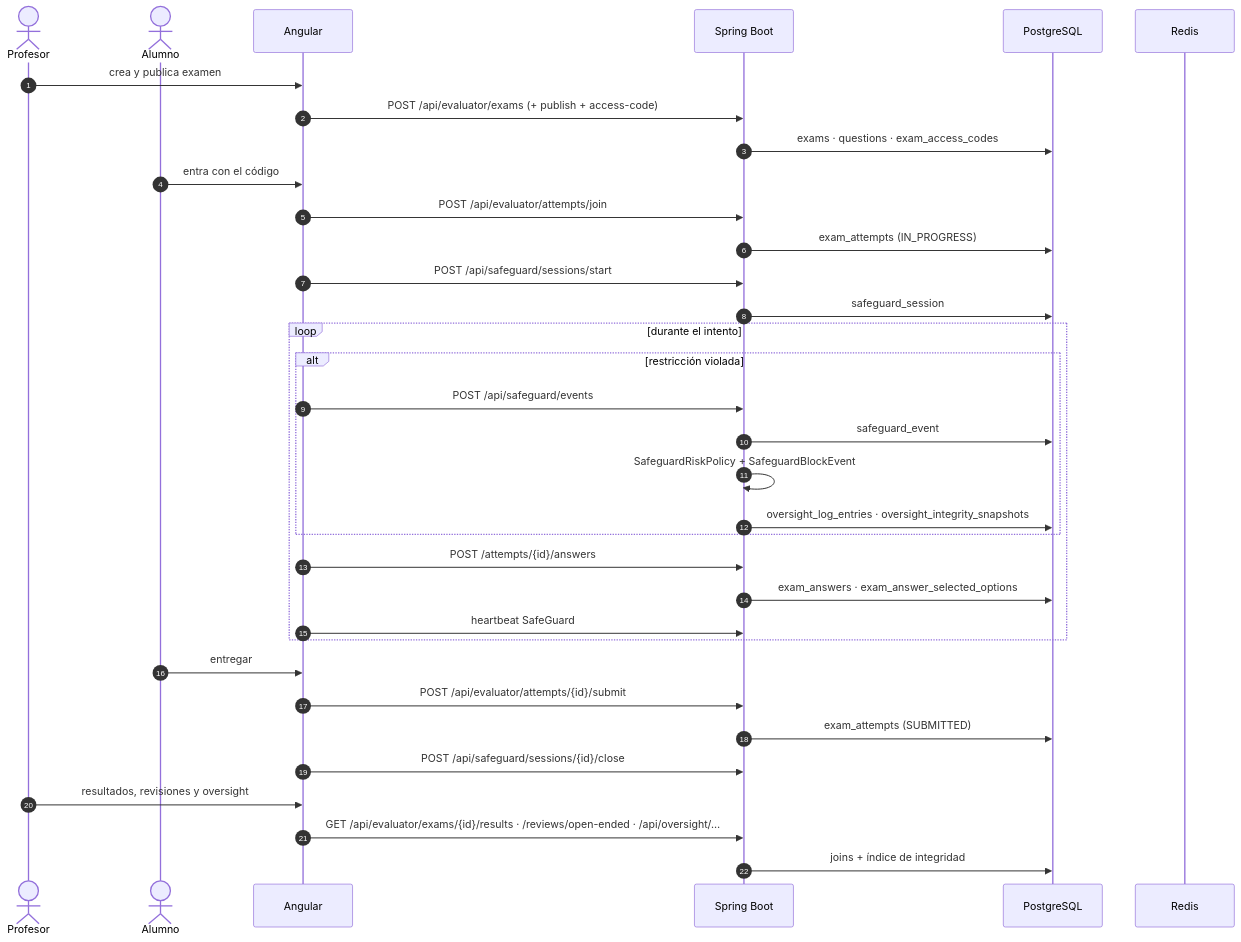
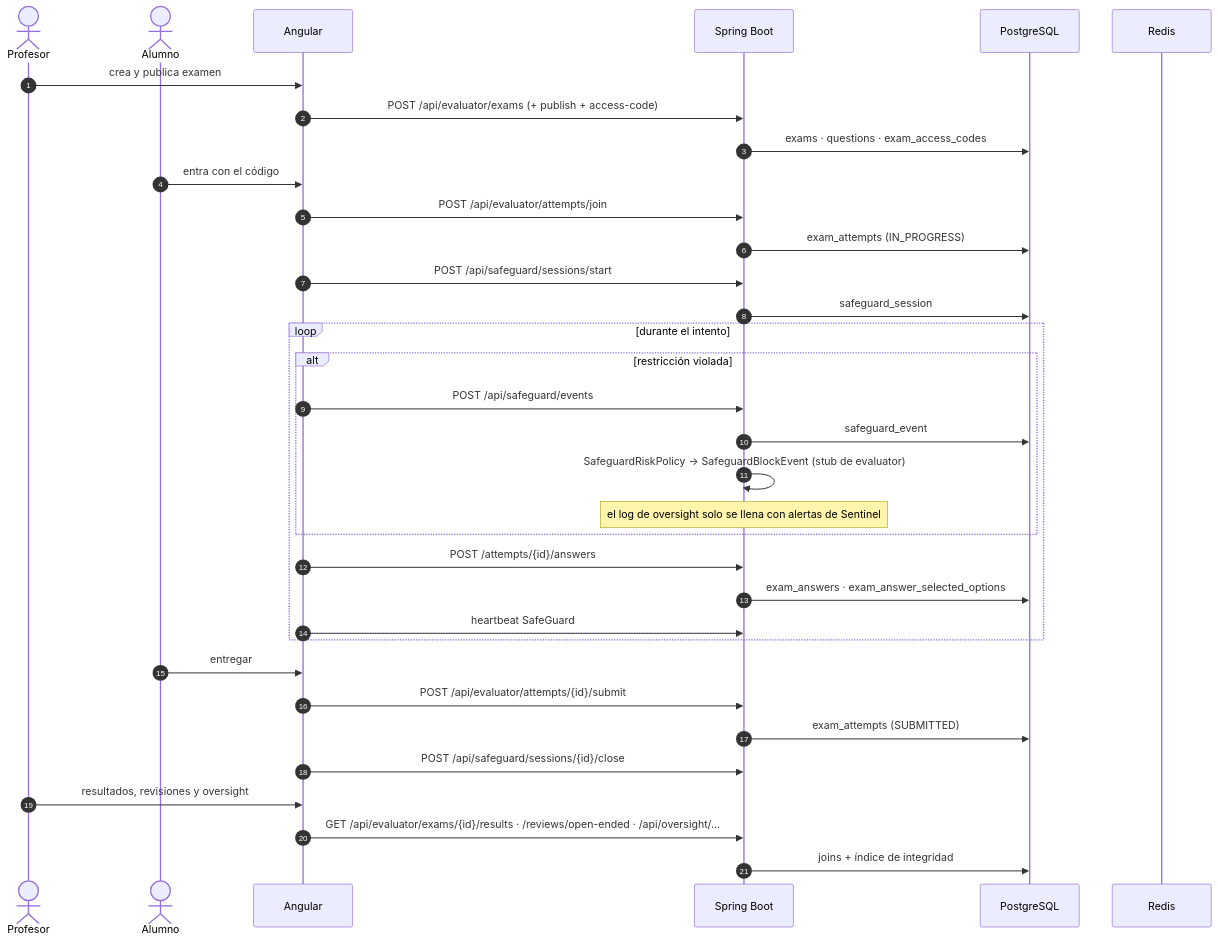
Before and after one commit to Cesar-Plyed/cidem-project: the ninth of 11 diagrams in FLOW.md, drawn with Mermaid. The commit also changed other lines of this file and 2 other files, not shown here.

````diff
--- a/FLOW.md
+++ b/FLOW.md
@@ -435,41 +435,41 @@
 ```mermaid
 sequenceDiagram
     autonumber
     actor P as Profesor
     actor S as Alumno
     participant FR as Angular
     participant BE as Spring Boot
     participant DB as PostgreSQL
     participant R as Redis
 
     P->>FR: crea y publica examen
     FR->>BE: POST /api/evaluator/exams (+ publish + access-code)
     BE->>DB: exams · questions · exam_access_codes
 
     S->>FR: entra con el código
     FR->>BE: POST /api/evaluator/attempts/join
     BE->>DB: exam_attempts (IN_PROGRESS)
     FR->>BE: POST /api/safeguard/sessions/start
     BE->>DB: safeguard_session
 
     loop durante el intento
         alt restricción violada
             FR->>BE: POST /api/safeguard/events
             BE->>DB: safeguard_event
-            BE->>BE: SafeguardRiskPolicy + SafeguardBlockEvent
-            BE->>DB: oversight_log_entries · oversight_integrity_snapshots
+            BE->>BE: SafeguardRiskPolicy → SafeguardBlockEvent (stub de evaluator)
+            Note over BE: el log de oversight solo se llena con alertas de Sentinel
         end
         FR->>BE: POST /attempts/{id}/answers
         BE->>DB: exam_answers · exam_answer_selected_options
         FR->>BE: heartbeat SafeGuard
     end
 
     S->>FR: entregar
     FR->>BE: POST /api/evaluator/attempts/{id}/submit
     BE->>DB: exam_attempts (SUBMITTED)
     FR->>BE: POST /api/safeguard/sessions/{id}/close
 
     P->>FR: resultados, revisiones y oversight
     FR->>BE: GET /api/evaluator/exams/{id}/results · /reviews/open-ended · /api/oversight/…
     BE->>DB: joins + índice de integridad
 ```
````
